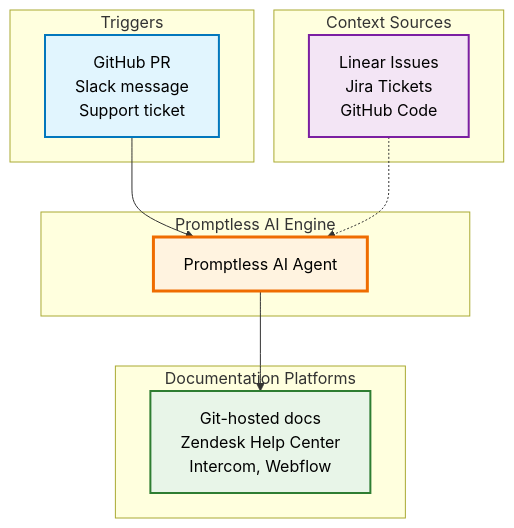
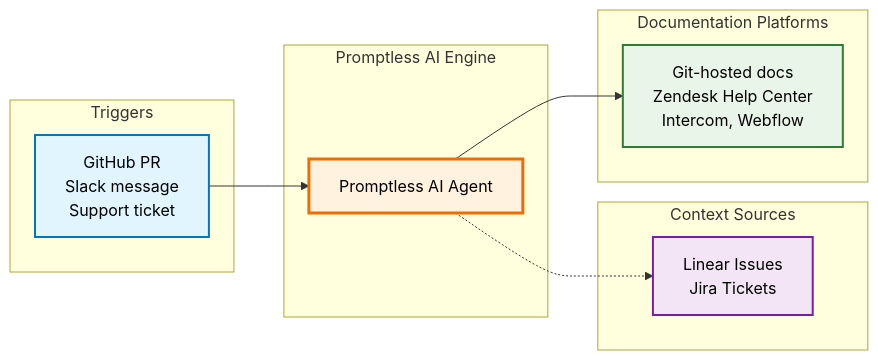
Before and after one commit to Promptless/docs: the diagram in fern/docs/core-concepts.mdx, drawn with Mermaid. The commit also changed 4 other files, not shown here.

````diff
--- a/fern/docs/core-concepts.mdx
+++ b/fern/docs/core-concepts.mdx
@@ -9,40 +9,40 @@
 ```mermaid
-graph TB
+graph LR
     %% Triggers Section
     subgraph "Triggers"
         T1[GitHub PR<br/>Slack message<br/>Support ticket]
     end
 
-    %% Context Sources Section
-    subgraph "Context Sources"
-        C1[Linear Issues<br/>Jira Tickets<br/>GitHub Code]
-    end
-
     %% Promptless Core
     subgraph "Promptless AI Engine"
         AI[Promptless AI Agent]
+    end
+
+    %% Context Sources Section
+    subgraph "Context Sources"
+        C1[Linear Issues<br/>Jira Tickets]
     end
 
     %% Documentation Platforms
     subgraph "Documentation Platforms"
         D1[Git-hosted docs<br/>Zendesk Help Center<br/>Intercom, Webflow]
     end
 
     %% Connections
     T1 --> AI
     
-    C1 -.-> AI
+    AI -.-> C1
 
     AI --> D1
 
     %% Styling
     classDef triggerStyle fill:#e1f5fe,stroke:#0277bd,stroke-width:2px,color:#000000
     classDef contextStyle fill:#f3e5f5,stroke:#7b1fa2,stroke-width:2px,color:#000000
     classDef coreStyle fill:#fff3e0,stroke:#ef6c00,stroke-width:3px,color:#000000
     classDef cmsStyle fill:#e8f5e8,stroke:#2e7d32,stroke-width:2px,color:#000000
 
     class T1 triggerStyle
     class C1 contextStyle
     class AI coreStyle
     class D1 cmsStyle
 ```
````
